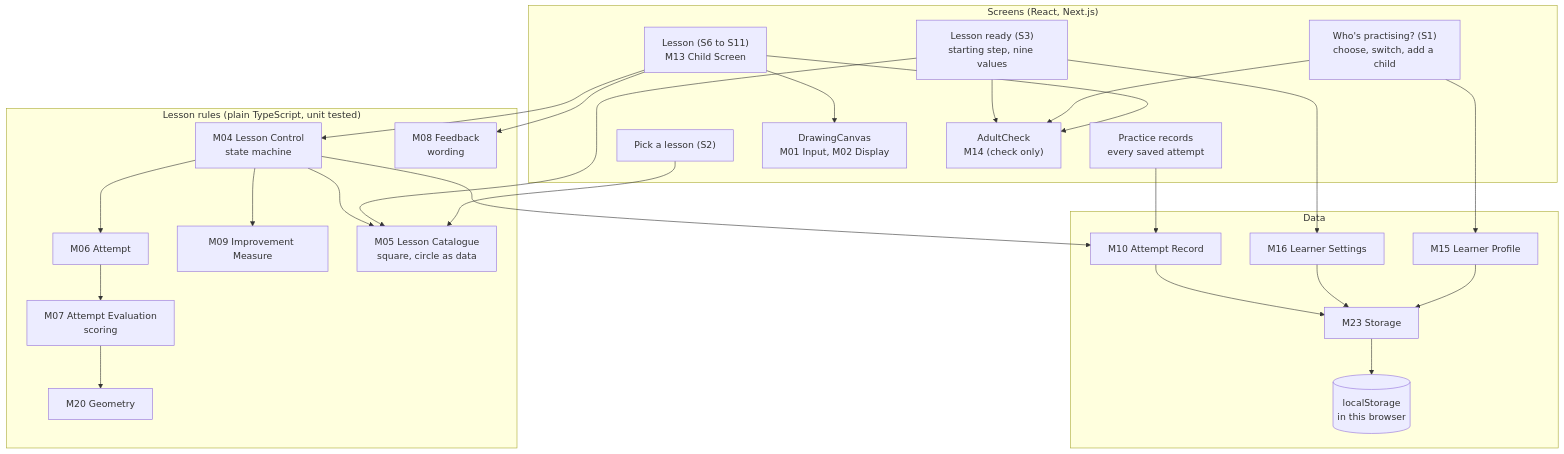
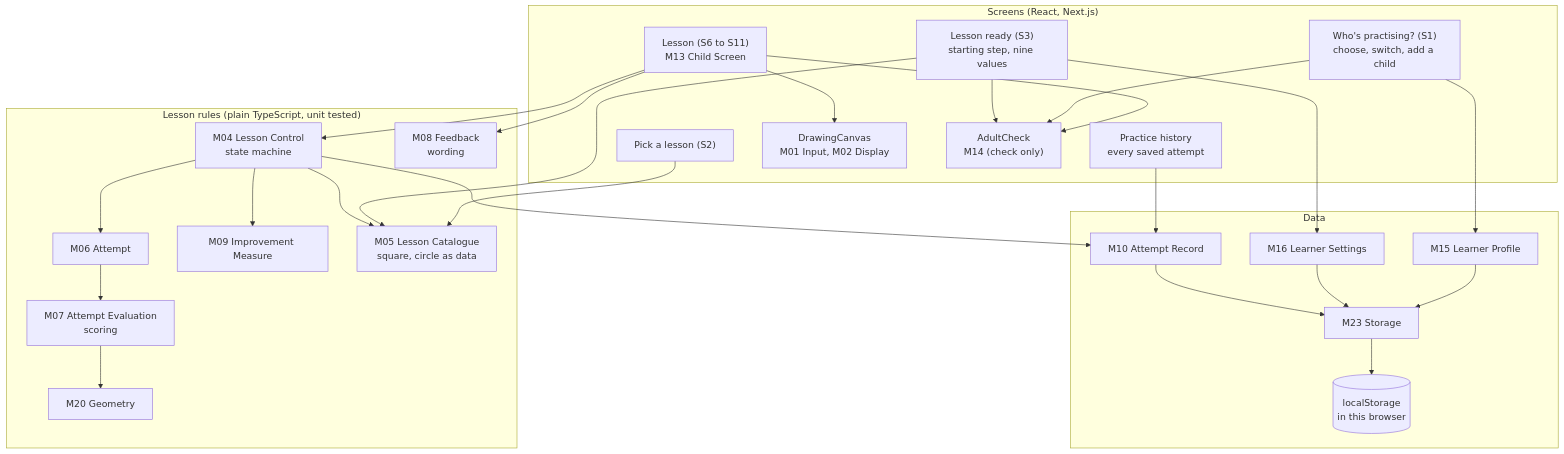
Before and after one commit to AHMEDELZARIA/squigglr: the first of 2 diagrams in src/POC-Implementation-Plan.md, drawn with Mermaid. The commit also changed other lines of this file and 23 other files, not shown here.

````diff
--- a/src/POC-Implementation-Plan.md
+++ b/src/POC-Implementation-Plan.md
@@ -40,54 +40,54 @@
 ```mermaid
 flowchart TD
   subgraph Screens["Screens (React, Next.js)"]
     Children["Who's practising? (S1)<br/>choose, switch, add a child"]
     Lessons["Pick a lesson (S2)"]
     SettingsPage["Lesson ready (S3)<br/>starting step, nine values"]
-    RecordsPage["Practice records<br/>every saved attempt"]
+    RecordsPage["Practice history<br/>every saved attempt"]
     Lesson["Lesson (S6 to S11)<br/>M13 Child Screen"]
     Canvas["DrawingCanvas<br/>M01 Input, M02 Display"]
     Check["AdultCheck<br/>M14 (check only)"]
   end
 
   subgraph Rules["Lesson rules (plain TypeScript, unit tested)"]
     Control["M04 Lesson Control<br/>state machine"]
     Attempt["M06 Attempt"]
     Evaluation["M07 Attempt Evaluation<br/>scoring"]
     Improvement["M09 Improvement Measure"]
     Catalogue["M05 Lesson Catalogue<br/>square, circle as data"]
     Feedback["M08 Feedback<br/>wording"]
     Geometry["M20 Geometry"]
   end
 
   subgraph Data["Data"]
     Profiles["M15 Learner Profile"]
     Settings["M16 Learner Settings"]
     Records["M10 Attempt Record"]
     Storage["M23 Storage"]
     LS[("localStorage<br/>in this browser")]
   end
 
   Lesson --> Canvas
   Lesson --> Control
   Lesson --> Feedback
   Lesson --> Check
   Children --> Profiles
   Children --> Check
   Lessons --> Catalogue
   SettingsPage --> Settings
   SettingsPage --> Check
   SettingsPage --> Catalogue
   RecordsPage --> Records
 
   Control --> Attempt
   Control --> Improvement
   Control --> Catalogue
   Control --> Records
   Attempt --> Evaluation
   Evaluation --> Geometry
 
   Profiles --> Storage
   Settings --> Storage
   Records --> Storage
   Storage --> LS
 ```
````
